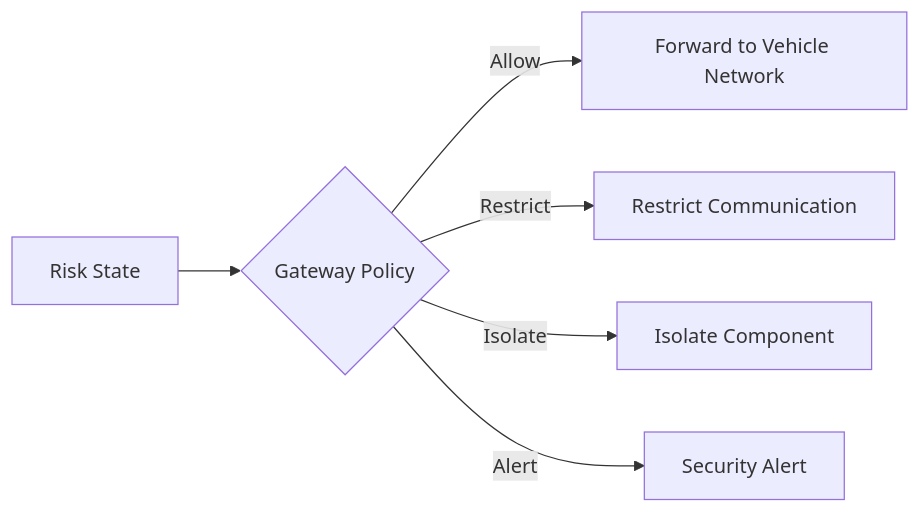
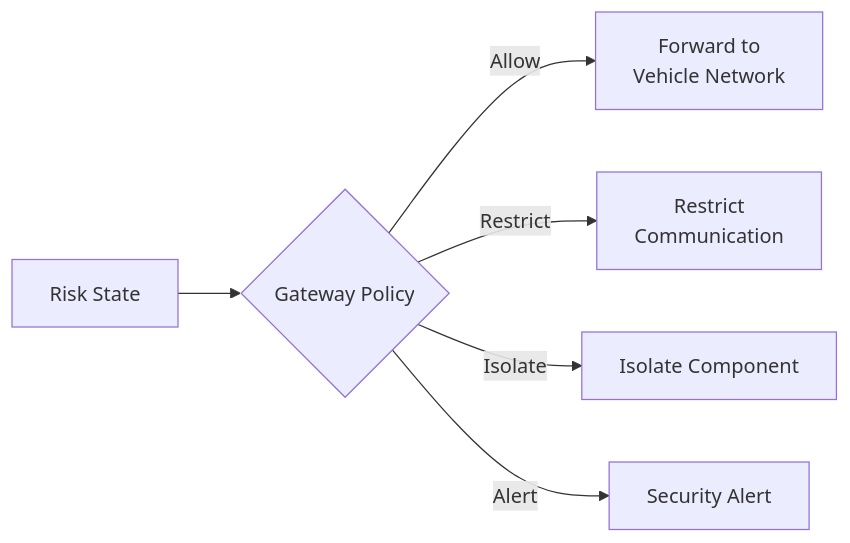
The seventh of 7 diagrams in README.md (Etrlnx/Vaahan), drawn with Mermaid before and after one commit. The commit also changed other lines of this file, not shown here.

Commit message:
docs(readme): wrap long mermaid labels and tidy problem statement and section headings

````diff
--- a/README.md
+++ b/README.md
@@ -375,10 +373,10 @@
 ```mermaid
 flowchart LR
 
 A[Risk State] --> B{Gateway Policy}
 
-B -->|Allow| C[Forward to Vehicle Network]
-B -->|Restrict| D[Restrict Communication]
+B -->|Allow| C["Forward to<br/>Vehicle Network"]
+B -->|Restrict| D["Restrict<br/>Communication"]
 B -->|Isolate| E[Isolate Component]
 B -->|Alert| F[Security Alert]
 ```
````
